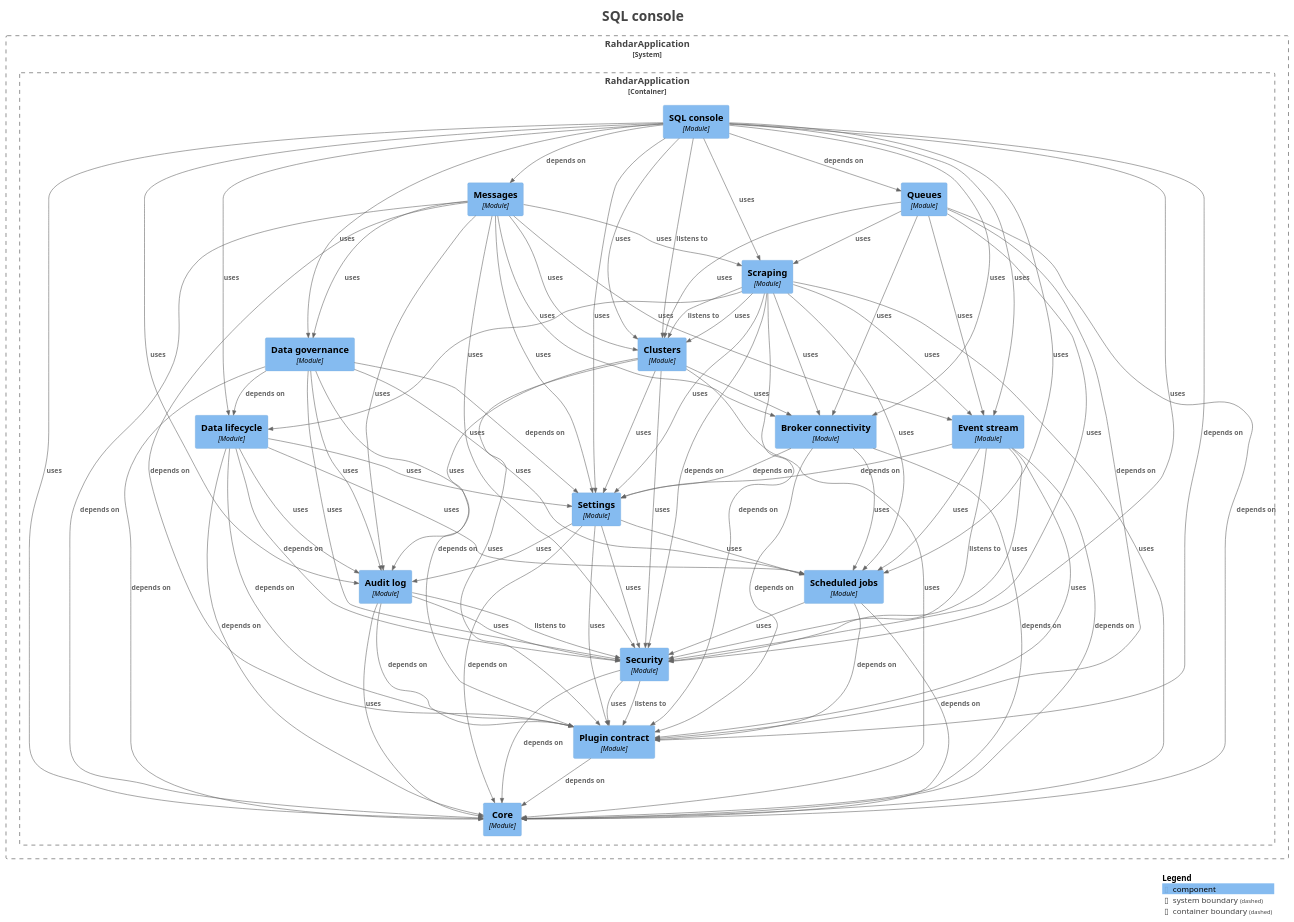
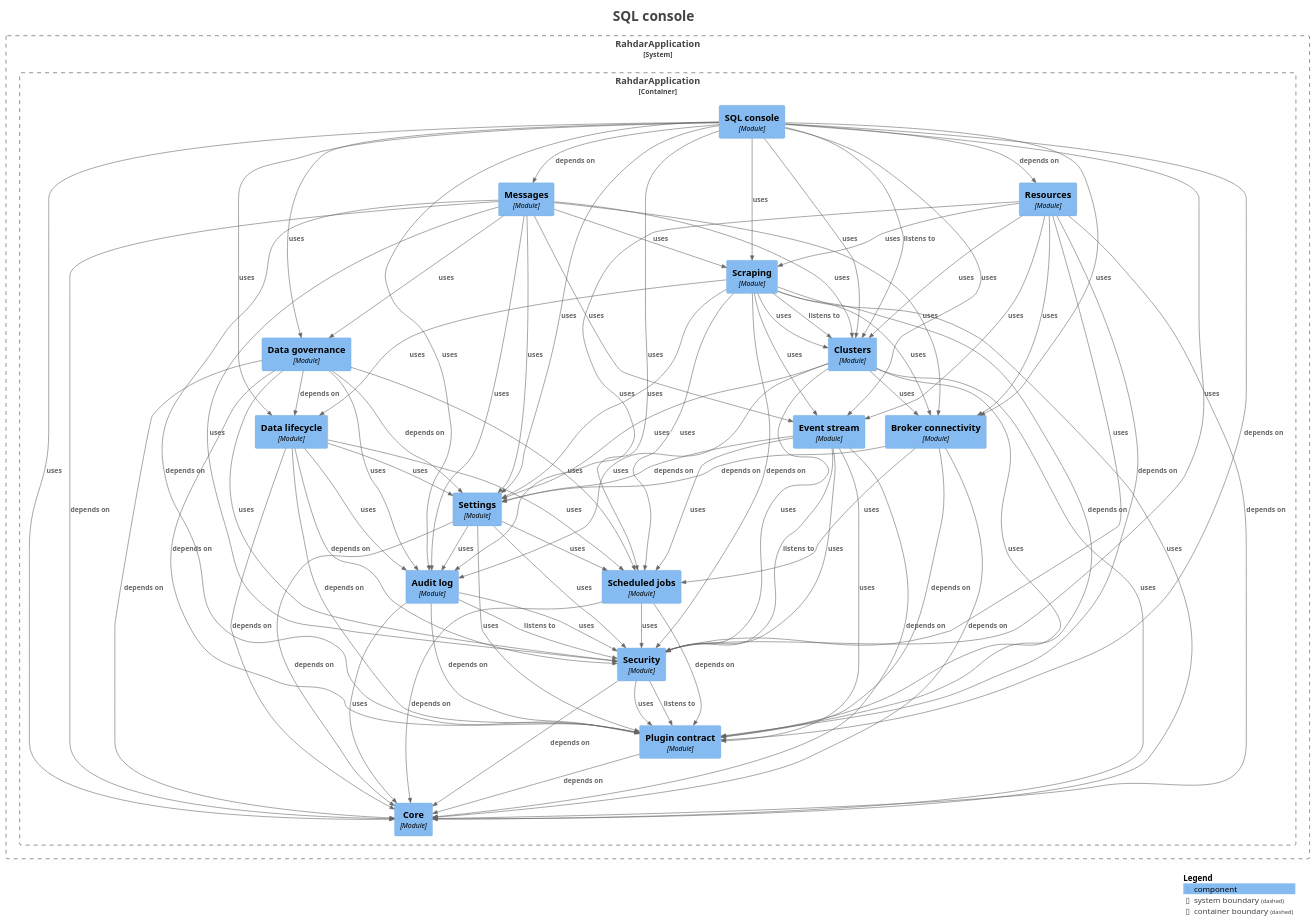
The diagram in docs/modules/module-feature.sql.puml (sudoitir/rahdar), drawn with PlantUML before and after one commit. The commit also changed 130 other files, not shown here.

```diff
--- a/docs/modules/module-feature.sql.puml
+++ b/docs/modules/module-feature.sql.puml
@@ -26,7 +26,7 @@
     Component(RahdarApplication.RahdarApplication.Eventstream, "Event stream", $techn="Module", $descr="", $tags="", $link="")
     Component(RahdarApplication.RahdarApplication.Messages, "Messages", $techn="Module", $descr="", $tags="", $link="")
     Component(RahdarApplication.RahdarApplication.Plugincontract, "Plugin contract", $techn="Module", $descr="", $tags="", $link="")
-    Component(RahdarApplication.RahdarApplication.Queues, "Queues", $techn="Module", $descr="", $tags="", $link="")
+    Component(RahdarApplication.RahdarApplication.Resources, "Resources", $techn="Module", $descr="", $tags="", $link="")
     Component(RahdarApplication.RahdarApplication.SQLconsole, "SQL console", $techn="Module", $descr="", $tags="", $link="")
     Component(RahdarApplication.RahdarApplication.Scheduledjobs, "Scheduled jobs", $techn="Module", $descr="", $tags="", $link="")
     Component(RahdarApplication.RahdarApplication.Scraping, "Scraping", $techn="Module", $descr="", $tags="", $link="")
@@ -80,13 +80,14 @@
 Rel(RahdarApplication.RahdarApplication.Messages, RahdarApplication.RahdarApplication.Security, "uses", $techn="", $tags="", $link="")
 Rel(RahdarApplication.RahdarApplication.Messages, RahdarApplication.RahdarApplication.Settings, "uses", $techn="", $tags="", $link="")
 Rel(RahdarApplication.RahdarApplication.Plugincontract, RahdarApplication.RahdarApplication.Core, "depends on", $techn="", $tags="", $link="")
-Rel(RahdarApplication.RahdarApplication.Queues, RahdarApplication.RahdarApplication.Brokerconnectivity, "uses", $techn="", $tags="", $link="")
-Rel(RahdarApplication.RahdarApplication.Queues, RahdarApplication.RahdarApplication.Clusters, "uses", $techn="", $tags="", $link="")
-Rel(RahdarApplication.RahdarApplication.Queues, RahdarApplication.RahdarApplication.Core, "depends on", $techn="", $tags="", $link="")
-Rel(RahdarApplication.RahdarApplication.Queues, RahdarApplication.RahdarApplication.Eventstream, "uses", $techn="", $tags="", $link="")
-Rel(RahdarApplication.RahdarApplication.Queues, RahdarApplication.RahdarApplication.Plugincontract, "depends on", $techn="", $tags="", $link="")
-Rel(RahdarApplication.RahdarApplication.Queues, RahdarApplication.RahdarApplication.Scraping, "uses", $techn="", $tags="", $link="")
-Rel(RahdarApplication.RahdarApplication.Queues, RahdarApplication.RahdarApplication.Security, "uses", $techn="", $tags="", $link="")
+Rel(RahdarApplication.RahdarApplication.Resources, RahdarApplication.RahdarApplication.Auditlog, "uses", $techn="", $tags="", $link="")
+Rel(RahdarApplication.RahdarApplication.Resources, RahdarApplication.RahdarApplication.Brokerconnectivity, "uses", $techn="", $tags="", $link="")
+Rel(RahdarApplication.RahdarApplication.Resources, RahdarApplication.RahdarApplication.Clusters, "uses", $techn="", $tags="", $link="")
+Rel(RahdarApplication.RahdarApplication.Resources, RahdarApplication.RahdarApplication.Core, "depends on", $techn="", $tags="", $link="")
+Rel(RahdarApplication.RahdarApplication.Resources, RahdarApplication.RahdarApplication.Eventstream, "uses", $techn="", $tags="", $link="")
+Rel(RahdarApplication.RahdarApplication.Resources, RahdarApplication.RahdarApplication.Plugincontract, "depends on", $techn="", $tags="", $link="")
+Rel(RahdarApplication.RahdarApplication.Resources, RahdarApplication.RahdarApplication.Scraping, "uses", $techn="", $tags="", $link="")
+Rel(RahdarApplication.RahdarApplication.Resources, RahdarApplication.RahdarApplication.Security, "uses", $techn="", $tags="", $link="")
 Rel(RahdarApplication.RahdarApplication.SQLconsole, RahdarApplication.RahdarApplication.Auditlog, "uses", $techn="", $tags="", $link="")
 Rel(RahdarApplication.RahdarApplication.SQLconsole, RahdarApplication.RahdarApplication.Brokerconnectivity, "uses", $techn="", $tags="", $link="")
 Rel(RahdarApplication.RahdarApplication.SQLconsole, RahdarApplication.RahdarApplication.Clusters, "listens to", $techn="", $tags="", $link="")
@@ -97,7 +98,7 @@
 Rel(RahdarApplication.RahdarApplication.SQLconsole, RahdarApplication.RahdarApplication.Eventstream, "uses", $techn="", $tags="", $link="")
 Rel(RahdarApplication.RahdarApplication.SQLconsole, RahdarApplication.RahdarApplication.Messages, "depends on", $techn="", $tags="", $link="")
 Rel(RahdarApplication.RahdarApplication.SQLconsole, RahdarApplication.RahdarApplication.Plugincontract, "depends on", $techn="", $tags="", $link="")
-Rel(RahdarApplication.RahdarApplication.SQLconsole, RahdarApplication.RahdarApplication.Queues, "depends on", $techn="", $tags="", $link="")
+Rel(RahdarApplication.RahdarApplication.SQLconsole, RahdarApplication.RahdarApplication.Resources, "depends on", $techn="", $tags="", $link="")
 Rel(RahdarApplication.RahdarApplication.SQLconsole, RahdarApplication.RahdarApplication.Scheduledjobs, "uses", $techn="", $tags="", $link="")
 Rel(RahdarApplication.RahdarApplication.SQLconsole, RahdarApplication.RahdarApplication.Scraping, "uses", $techn="", $tags="", $link="")
 Rel(RahdarApplication.RahdarApplication.SQLconsole, RahdarApplication.RahdarApplication.Security, "uses", $techn="", $tags="", $link="")
```
